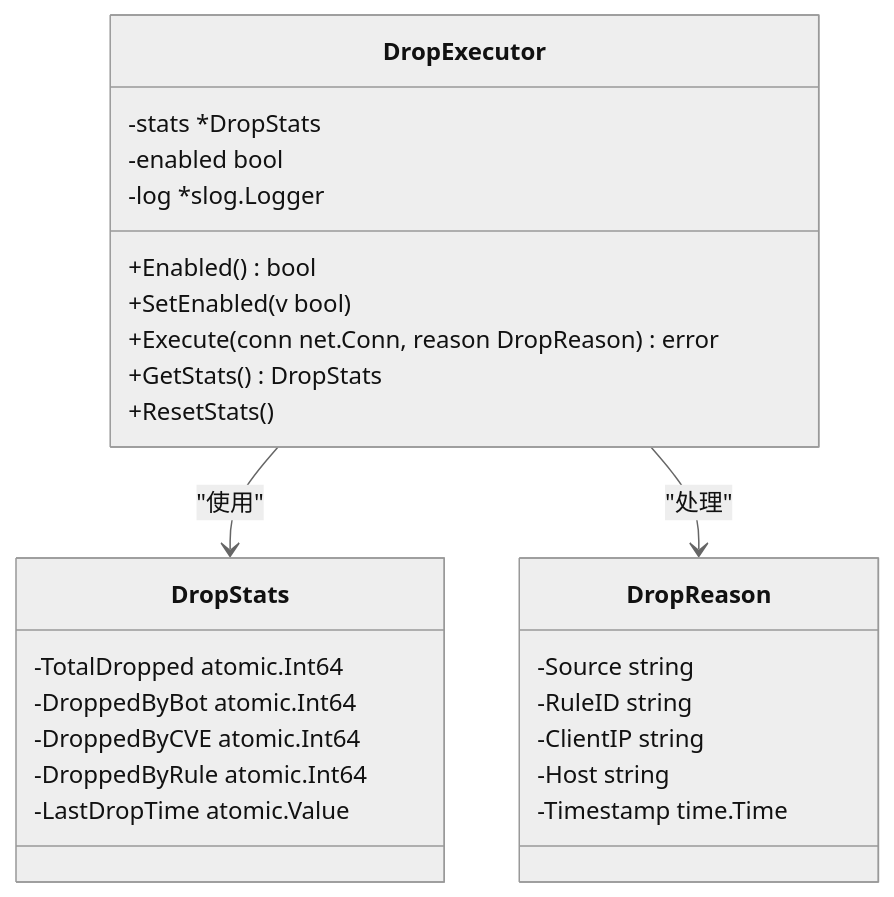
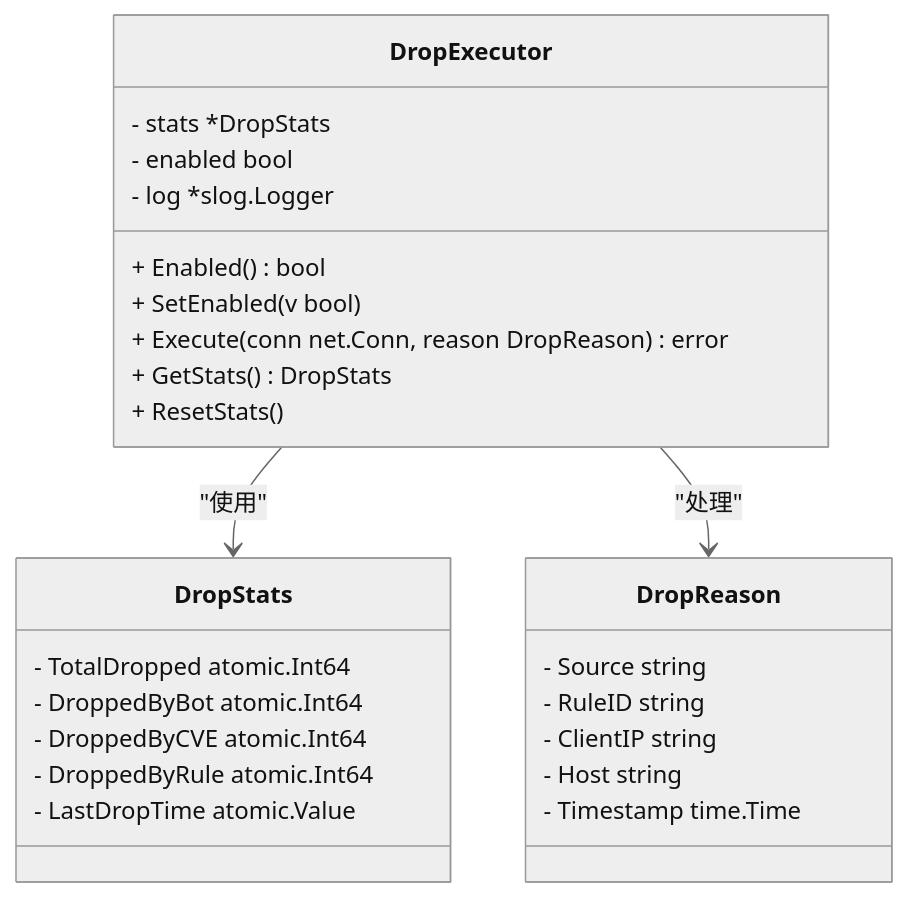
The eighth of 10 diagrams in docs/安全防护功能/速率限制机制/速率限制机制.md (x01n/My-OpenWaf), drawn with Mermaid (neutral theme) before and after one commit. The commit also changed other lines of this file and 199 other files, not shown here.

````diff
--- a/docs/安全防护功能/速率限制机制/速率限制机制.md
+++ b/docs/安全防护功能/速率限制机制/速率限制机制.md
@@ -354,29 +350,29 @@
 ```mermaid
 classDiagram
 class DropExecutor {
--stats *DropStats
--enabled bool
--log *slog.Logger
-+Enabled() bool
-+SetEnabled(v bool)
-+Execute(conn net.Conn, reason DropReason) error
-+GetStats() DropStats
-+ResetStats()
+- stats *DropStats
+- enabled bool
+- log *slog.Logger
++ Enabled() bool
++ SetEnabled(v bool)
++ Execute(conn net.Conn, reason DropReason) error
++ GetStats() DropStats
++ ResetStats()
 }
 class DropStats {
--TotalDropped atomic.Int64
--DroppedByBot atomic.Int64
--DroppedByCVE atomic.Int64
--DroppedByRule atomic.Int64
--LastDropTime atomic.Value
+- TotalDropped atomic.Int64
+- DroppedByBot atomic.Int64
+- DroppedByCVE atomic.Int64
+- DroppedByRule atomic.Int64
+- LastDropTime atomic.Value
 }
 class DropReason {
--Source string
--RuleID string
--ClientIP string
--Host string
--Timestamp time.Time
+- Source string
+- RuleID string
+- ClientIP string
+- Host string
+- Timestamp time.Time
 }
 DropExecutor --> DropStats : "使用"
 DropExecutor --> DropReason : "处理"
 ```
````
